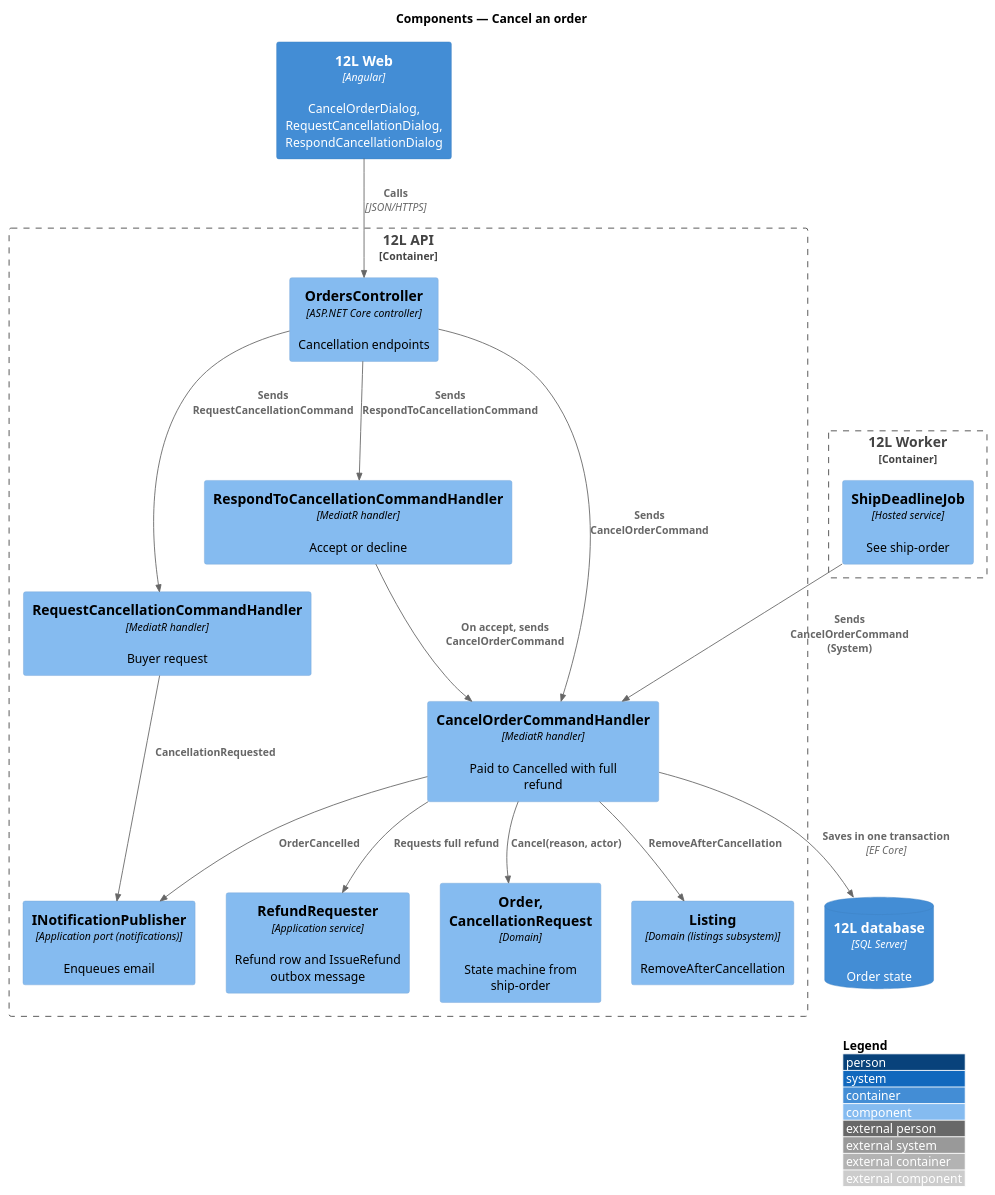
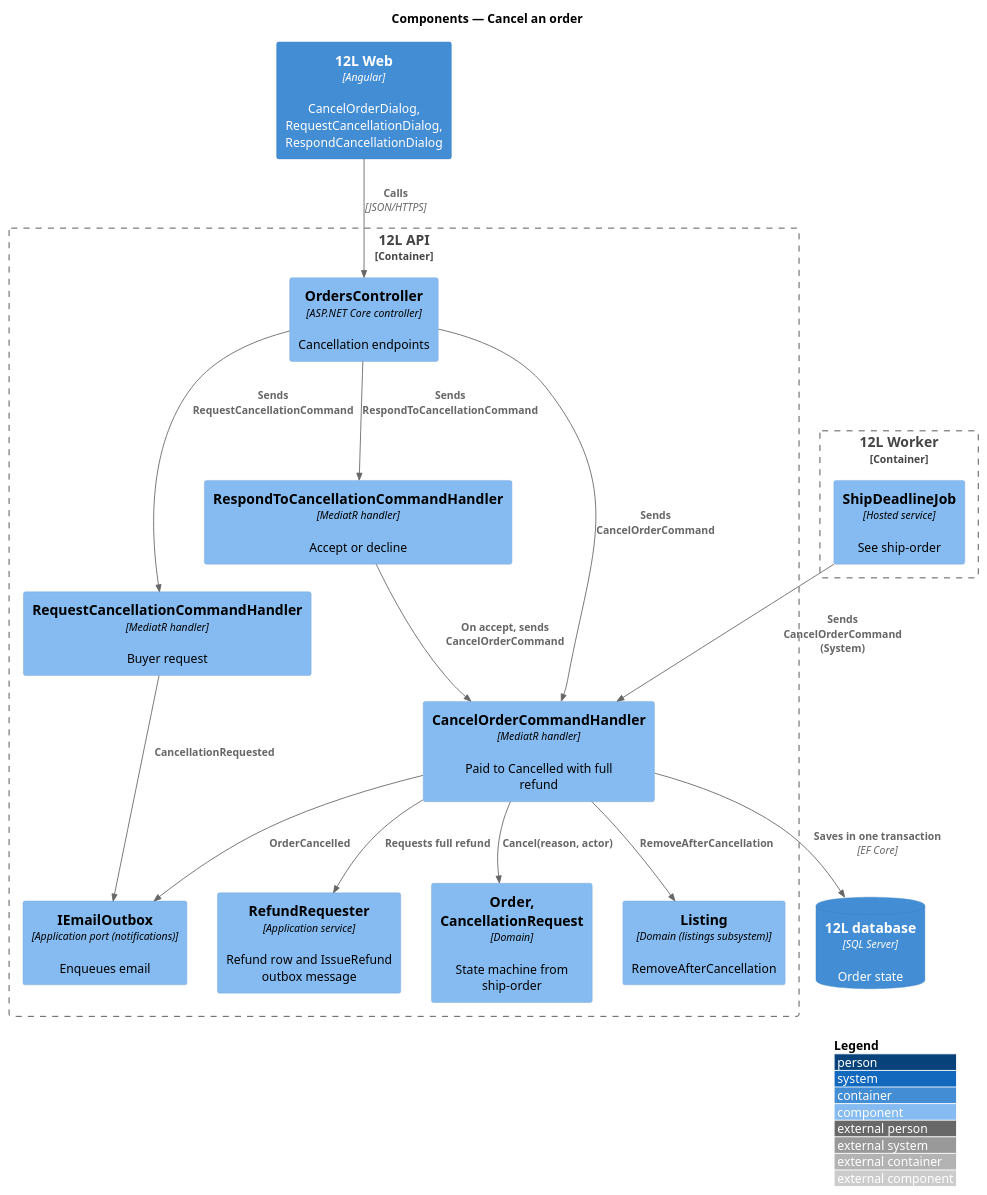
The diagram in docs/detailed-designs/orders/cancel-order/diagrams/c4-component.puml (QuinntyneBrown/12l), drawn with PlantUML before and after one commit. The commit also changed 20 other files, not shown here.

First line of the commit message:
Document send-email-notifications: design, ADR, L2-042, ship-order, estimates

```diff
--- a/docs/detailed-designs/orders/cancel-order/diagrams/c4-component.puml
+++ b/docs/detailed-designs/orders/cancel-order/diagrams/c4-component.puml
@@ -1,33 +1,33 @@
 @startuml
 !include <C4/C4_Component>
 LAYOUT_WITH_LEGEND()
 title Components — Cancel an order
 
 Container(web, "12L Web", "Angular", "CancelOrderDialog, RequestCancellationDialog, RespondCancellationDialog")
 Container_Boundary(api, "12L API") {
   Component(ctrl, "OrdersController", "ASP.NET Core controller", "Cancellation endpoints")
   Component(cancel, "CancelOrderCommandHandler", "MediatR handler", "Paid to Cancelled with full refund")
   Component(req, "RequestCancellationCommandHandler", "MediatR handler", "Buyer request")
   Component(resp, "RespondToCancellationCommandHandler", "MediatR handler", "Accept or decline")
   Component(order, "Order, CancellationRequest", "Domain", "State machine from ship-order")
   Component(listing, "Listing", "Domain (listings subsystem)", "RemoveAfterCancellation")
   Component(refund, "RefundRequester", "Application service", "Refund row and IssueRefund outbox message")
-  Component(notify, "INotificationPublisher", "Application port (notifications)", "Enqueues email")
+  Component(notify, "IEmailOutbox", "Application port (notifications)", "Enqueues email")
 }
 Container_Boundary(worker, "12L Worker") {
   Component(dl, "ShipDeadlineJob", "Hosted service", "See ship-order")
 }
 ContainerDb(db, "12L database", "SQL Server", "Order state")
 Rel(web, ctrl, "Calls", "JSON/HTTPS")
 Rel(ctrl, cancel, "Sends CancelOrderCommand")
 Rel(ctrl, req, "Sends RequestCancellationCommand")
 Rel(ctrl, resp, "Sends RespondToCancellationCommand")
 Rel(resp, cancel, "On accept, sends CancelOrderCommand")
 Rel(dl, cancel, "Sends CancelOrderCommand (System)")
 Rel(cancel, order, "Cancel(reason, actor)")
 Rel(cancel, listing, "RemoveAfterCancellation")
 Rel(cancel, refund, "Requests full refund")
 Rel(cancel, notify, "OrderCancelled")
 Rel(req, notify, "CancellationRequested")
 Rel(cancel, db, "Saves in one transaction", "EF Core")
 @enduml
```
